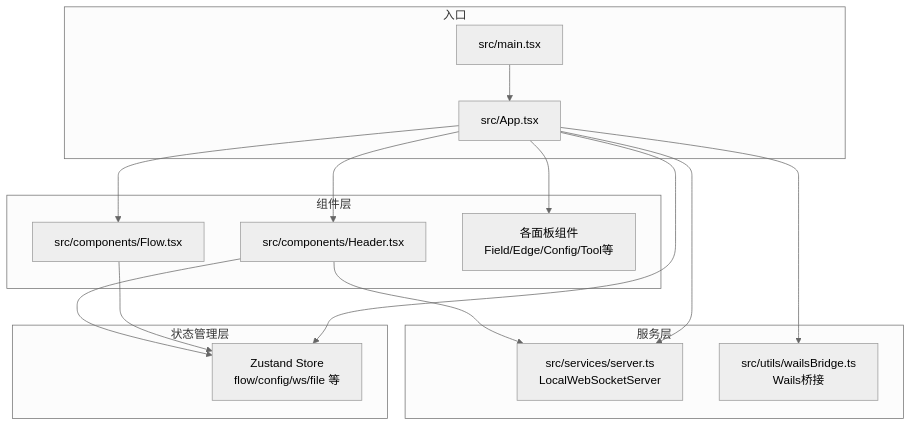
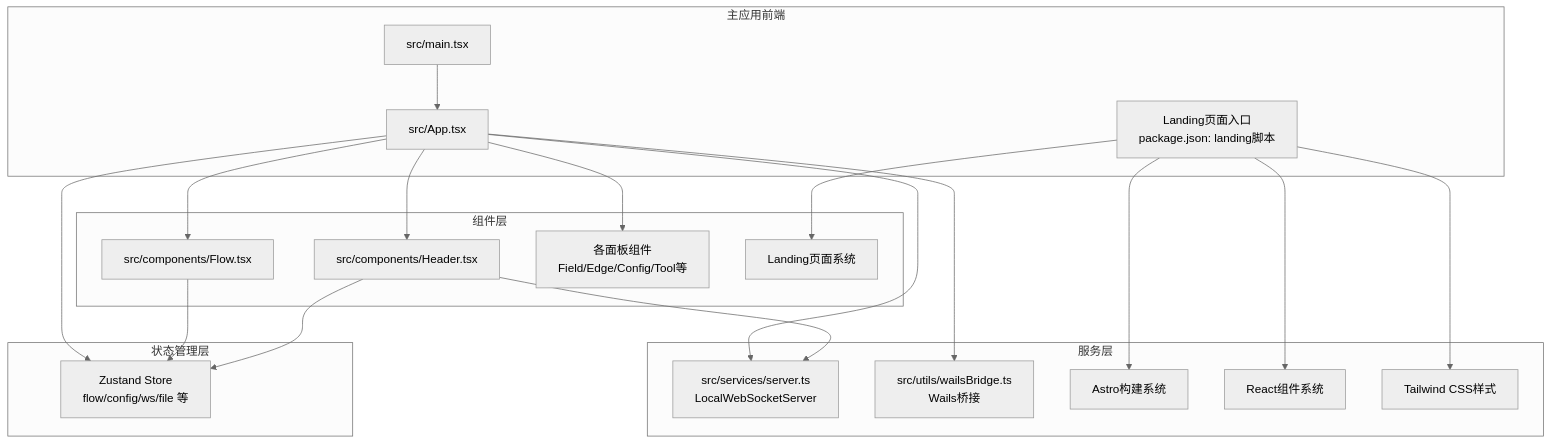
Before and after one commit to kqcoxn/MaaPipelineEditor: the first of 9 diagrams in .qoder/repowiki/zh/content/开发者指南/代码结构说明/前端架构设计/前端架构设计.md, drawn with Mermaid (neutral theme). The commit also changed other lines of this file and 50 other files, not shown here.

````diff
--- a/.qoder/repowiki/zh/content/开发者指南/代码结构说明/前端架构设计/前端架构设计.md
+++ b/.qoder/repowiki/zh/content/开发者指南/代码结构说明/前端架构设计/前端架构设计.md
@@ -47,29 +76,34 @@
 ```mermaid
 graph TB
-subgraph "入口"
+subgraph "主应用前端"
 MAIN["src/main.tsx"]
 APP["src/App.tsx"]
+ENDPOINT["Landing页面入口<br/>package.json: landing脚本"]
 end
 subgraph "组件层"
 HEADER["src/components/Header.tsx"]
 FLOW["src/components/Flow.tsx"]
 PANELS["各面板组件<br/>Field/Edge/Config/Tool等"]
+ENDPOINT --> LANDING["Landing页面系统"]
 end
 subgraph "状态管理层"
 ZUSTORE["Zustand Store<br/>flow/config/ws/file 等"]
 end
 subgraph "服务层"
 WS["src/services/server.ts<br/>LocalWebSocketServer"]
 BRIDGE["src/utils/wailsBridge.ts<br/>Wails桥接"]
+ENDPOINT --> ASTRO["Astro构建系统"]
+ENDPOINT --> REACT["React组件系统"]
+ENDPOINT --> TAILWIND["Tailwind CSS样式"]
 end
 MAIN --> APP
 APP --> HEADER
 APP --> FLOW
 APP --> PANELS
 APP --> ZUSTORE
 APP --> WS
 APP --> BRIDGE
 FLOW --> ZUSTORE
 HEADER --> WS
 HEADER --> ZUSTORE
 ```
````
